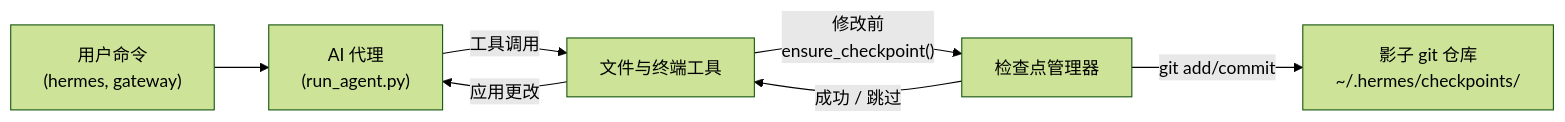
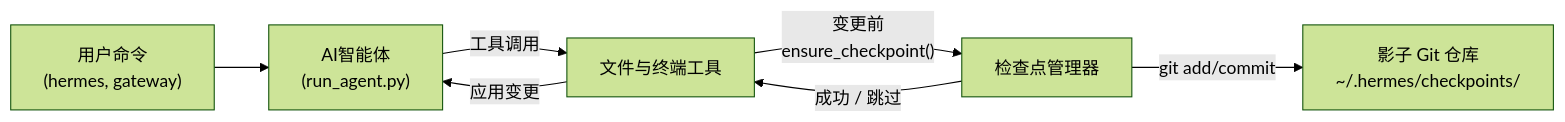
Before and after one commit to renxia/hermes-agent-docs: the diagram in i18n/zh-CN/docusaurus-plugin-content-docs/current/user-guide/checkpoints-and-rollback.md, drawn with Mermaid (forest theme). The commit also changed other lines of this file and 79 other files, not shown here.

````diff
--- a/i18n/zh-CN/docusaurus-plugin-content-docs/current/user-guide/checkpoints-and-rollback.md
+++ b/i18n/zh-CN/docusaurus-plugin-content-docs/current/user-guide/checkpoints-and-rollback.md
@@ -43,15 +43,15 @@
 ```mermaid
 flowchart LR
   user["用户命令\n(hermes, gateway)"]
-  agent["AI 代理\n(run_agent.py)"]
+  agent["AI智能体\n(run_agent.py)"]
   tools["文件与终端工具"]
   cpMgr["检查点管理器"]
-  shadowRepo["影子 git 仓库\n~/.hermes/checkpoints/<hash>"]
+  shadowRepo["影子 Git 仓库\n~/.hermes/checkpoints/<hash>"]
 
   user --> agent
   agent -->|"工具调用"| tools
-  tools -->|"修改前\nensure_checkpoint()"| cpMgr
+  tools -->|"变更前\nensure_checkpoint()"| cpMgr
   cpMgr -->|"git add/commit"| shadowRepo
   cpMgr -->|"成功 / 跳过"| tools
-  tools -->|"应用更改"| agent
+  tools -->|"应用变更"| agent
 ```
````
